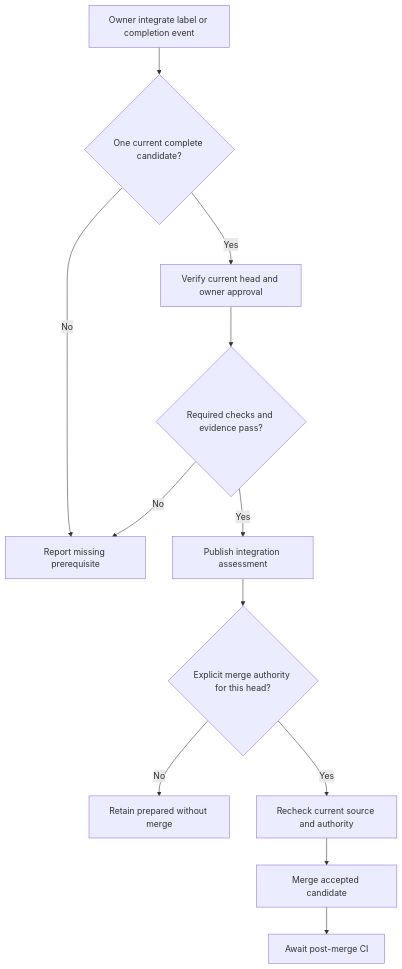
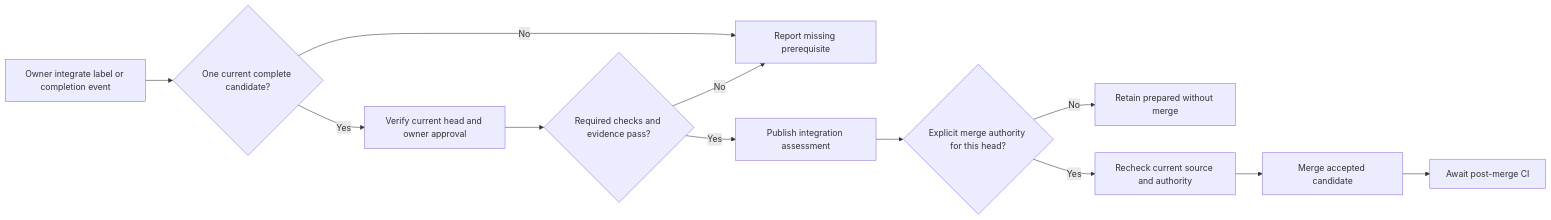
Before and after one commit to juangcarmona/lighthouse: the diagram in docs/architecture/06-runtime-view/integrate.md, drawn with Mermaid. The commit also changed 11 other files, not shown here.

Commit message:
docs: fit runtime flows to landscape presentation

````diff
--- a/docs/architecture/06-runtime-view/integrate.md
+++ b/docs/architecture/06-runtime-view/integrate.md
@@ -5,16 +5,16 @@
 ```mermaid
-flowchart TD
+flowchart LR
     accTitle: Integrate
     accDescr: Integration assesses an implementation candidate against its current approvals, required checks and retained evidence. Only a separately authorized merge path can merge that candidate.
     Request[Owner integrate label or completion event] --> Candidate{One current complete candidate?}
     Candidate -->|No| Block[Report missing prerequisite]
     Candidate -->|Yes| Validate[Verify current head and owner approval]
     Validate --> Checks{Required checks and evidence pass?}
     Checks -->|No| Block
     Checks -->|Yes| Assessment[Publish integration assessment]
     Assessment --> Authority{Explicit merge authority for this head?}
     Authority -->|No| Prepared[Retain prepared without merge]
     Authority -->|Yes| Fresh[Recheck current source and authority]
     Fresh --> Merge[Merge accepted candidate]
     Merge --> CI[Await post-merge CI]
 ```
````
